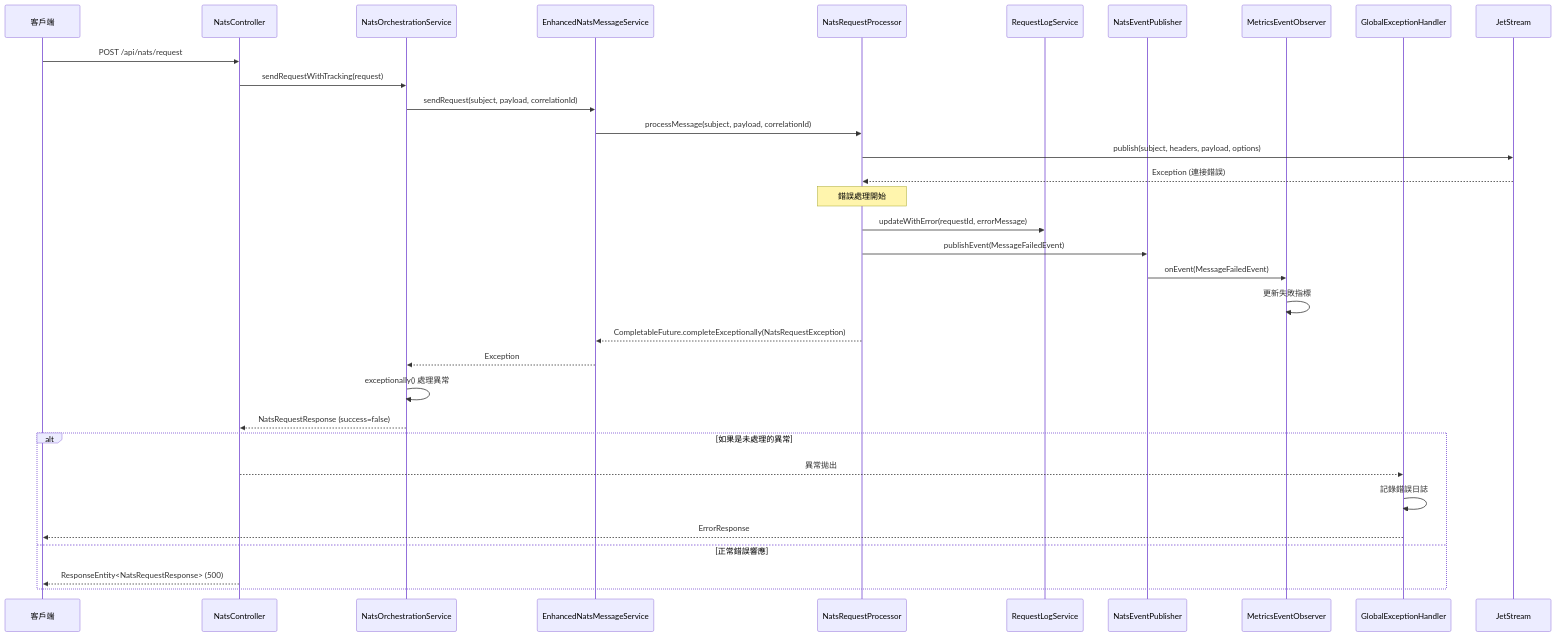
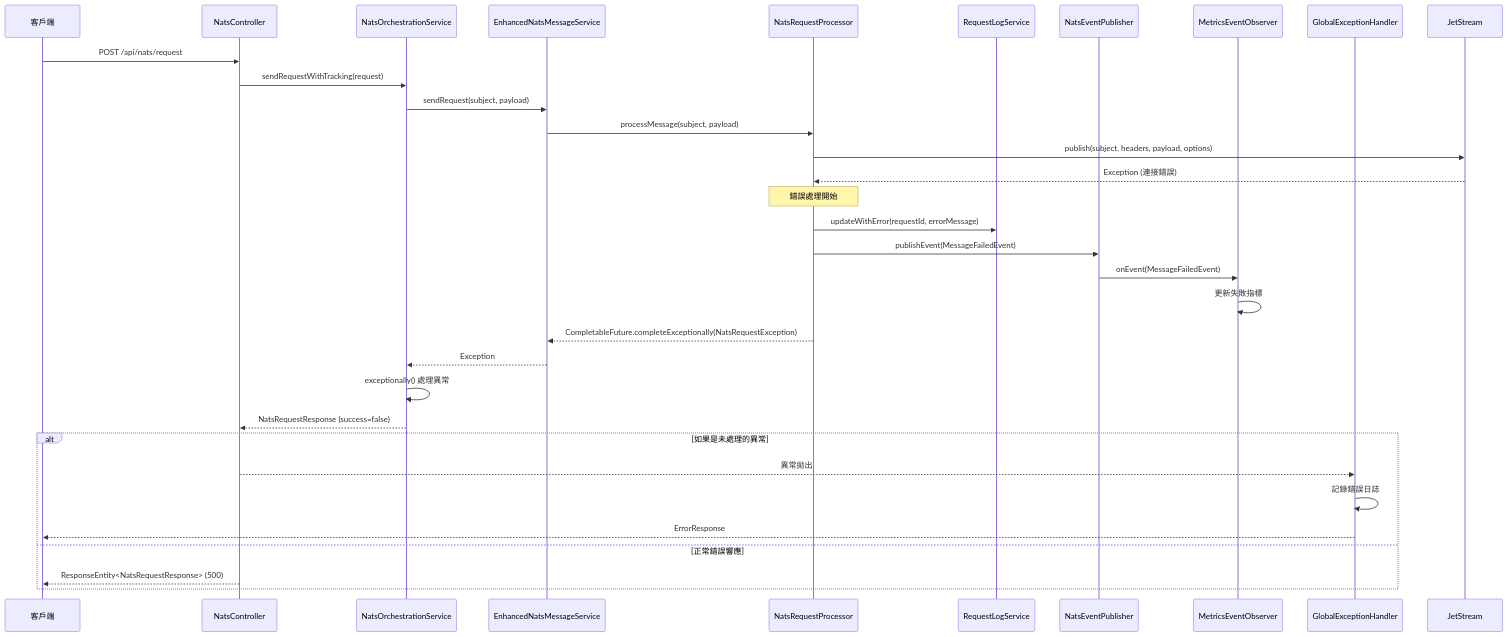
Before and after one commit to fantong11/nats-client: the fourth of 7 diagrams in docs/ARCHITECTURE.md, drawn with Mermaid. The commit also changed other lines of this file and 54 other files, not shown here.

````diff
--- a/docs/ARCHITECTURE.md
+++ b/docs/ARCHITECTURE.md
@@ -396,41 +398,41 @@
 ```mermaid
 sequenceDiagram
     participant Client as 客戶端
     participant Controller as NatsController
     participant Orchestration as NatsOrchestrationService
     participant Enhanced as EnhancedNatsMessageService
     participant Processor as NatsRequestProcessor
     participant LogService as RequestLogService
     participant EventPublisher as NatsEventPublisher
     participant Observer as MetricsEventObserver
     participant GlobalHandler as GlobalExceptionHandler
     participant JetStream as JetStream
     
     Client->>Controller: POST /api/nats/request
     Controller->>Orchestration: sendRequestWithTracking(request)
-    Orchestration->>Enhanced: sendRequest(subject, payload, correlationId)
-    Enhanced->>Processor: processMessage(subject, payload, correlationId)
+    Orchestration->>Enhanced: sendRequest(subject, payload)
+    Enhanced->>Processor: processMessage(subject, payload)
     
     Processor->>JetStream: publish(subject, headers, payload, options)
     JetStream-->>Processor: Exception (連接錯誤)
     
     Note over Processor: 錯誤處理開始
     Processor->>LogService: updateWithError(requestId, errorMessage)
     Processor->>EventPublisher: publishEvent(MessageFailedEvent)
     EventPublisher->>Observer: onEvent(MessageFailedEvent)
     Observer->>Observer: 更新失敗指標
     
     Processor-->>Enhanced: CompletableFuture.completeExceptionally(NatsRequestException)
     Enhanced-->>Orchestration: Exception
     
     Orchestration->>Orchestration: exceptionally() 處理異常
     Orchestration-->>Controller: NatsRequestResponse (success=false)
     
     alt 如果是未處理的異常
         Controller-->>GlobalHandler: 異常拋出
         GlobalHandler->>GlobalHandler: 記錄錯誤日誌
         GlobalHandler-->>Client: ErrorResponse
     else 正常錯誤響應
         Controller-->>Client: ResponseEntity<NatsRequestResponse> (500)
     end
 ```
````
